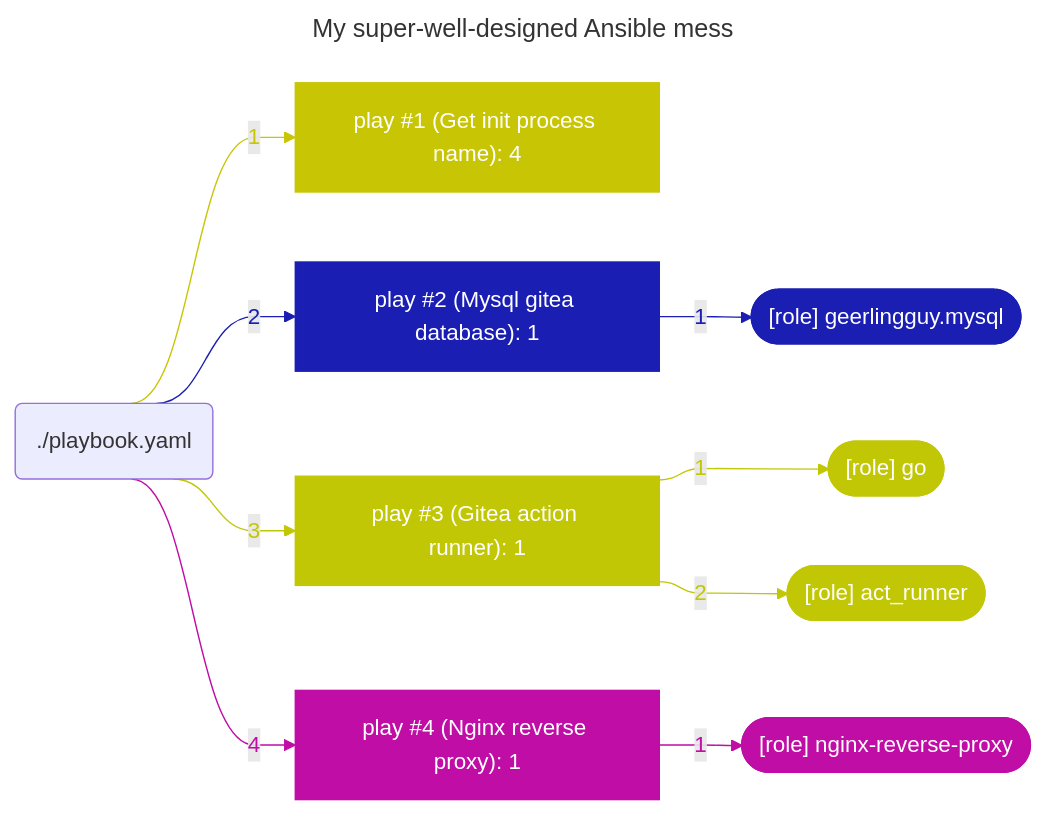
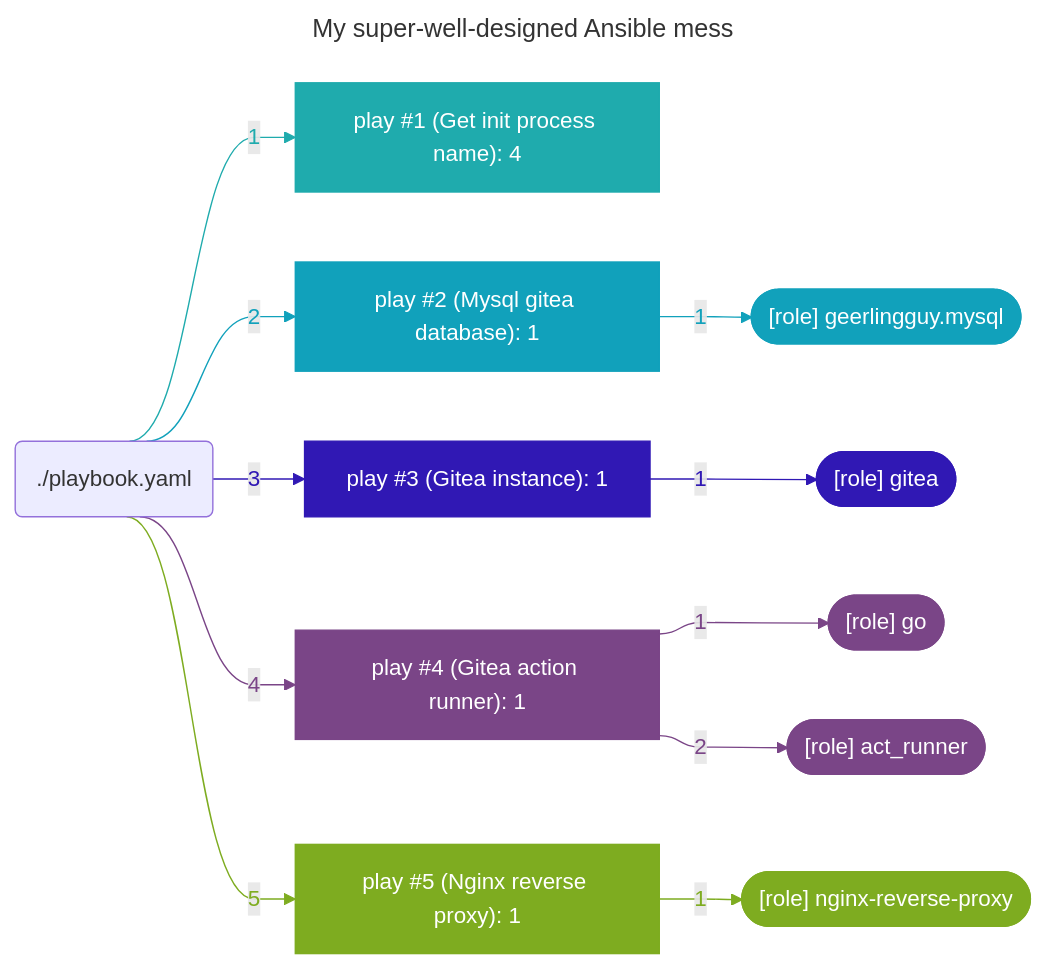
One commit to boyreau/boyreau changed the diagram in README.md. Above: the diagram before and after it, drawn with Mermaid.

Commit message:
profile graph automatic update

````diff
--- a/README.md
+++ b/README.md
@@ -48,59 +48,71 @@
 ```mermaid
 ---
 title: "My super-well-designed Ansible mess"
 ---
 %%{ init: { "flowchart": { "curve": "bumpX" } } }%%
 flowchart LR
 	%% Start of the playbook './playbook.yaml'
-	playbook_1850d60d("./playbook.yaml")
+	playbook_5ab0c368("./playbook.yaml")
 		%% Start of the play 'play #1 (Get init process name): 4'
-		play_564159c9["play #1 (Get init process name): 4"]
-		style play_564159c9 stroke:#c8c604,fill:#c8c604,color:#ffffff
-		playbook_1850d60d --> |"1"| play_564159c9
-		linkStyle 0 stroke:#c8c604,color:#c8c604
+		play_7a2b1a52["play #1 (Get init process name): 4"]
+		style play_7a2b1a52 stroke:#1fabad,fill:#1fabad,color:#ffffff
+		playbook_5ab0c368 --> |"1"| play_7a2b1a52
+		linkStyle 0 stroke:#1fabad,color:#1fabad
 		%% End of the play 'play #1 (Get init process name): 4'
 		%% Start of the play 'play #2 (Mysql gitea database): 1'
-		play_3fe2b7e2["play #2 (Mysql gitea database): 1"]
-		style play_3fe2b7e2 stroke:#1a1eb2,fill:#1a1eb2,color:#ffffff
-		playbook_1850d60d --> |"2"| play_3fe2b7e2
-		linkStyle 1 stroke:#1a1eb2,color:#1a1eb2
+		play_05e8e6df["play #2 (Mysql gitea database): 1"]
+		style play_05e8e6df stroke:#11a1bb,fill:#11a1bb,color:#ffffff
+		playbook_5ab0c368 --> |"2"| play_05e8e6df
+		linkStyle 1 stroke:#11a1bb,color:#11a1bb
 			%% Start of the role '[role] geerlingguy.mysql'
-			play_3fe2b7e2 --> |"1 "| role_79d39041
-			linkStyle 2 stroke:#1a1eb2,color:#1a1eb2
-			role_79d39041(["[role] geerlingguy.mysql"])
-			style role_79d39041 fill:#1a1eb2,color:#ffffff,stroke:#1a1eb2
+			play_05e8e6df --> |"1 "| role_b706d36c
+			linkStyle 2 stroke:#11a1bb,color:#11a1bb
+			role_b706d36c(["[role] geerlingguy.mysql"])
+			style role_b706d36c fill:#11a1bb,color:#ffffff,stroke:#11a1bb
 			%% End of the role '[role] geerlingguy.mysql'
 		%% End of the play 'play #2 (Mysql gitea database): 1'
-		%% Start of the play 'play #3 (Gitea action runner): 1'
-		play_915a83be["play #3 (Gitea action runner): 1"]
-		style play_915a83be stroke:#c2c705,fill:#c2c705,color:#ffffff
-		playbook_1850d60d --> |"3"| play_915a83be
-		linkStyle 3 stroke:#c2c705,color:#c2c705
+		%% Start of the play 'play #3 (Gitea instance): 1'
+		play_9807b153["play #3 (Gitea instance): 1"]
+		style play_9807b153 stroke:#3018b4,fill:#3018b4,color:#ffffff
+		playbook_5ab0c368 --> |"3"| play_9807b153
+		linkStyle 3 stroke:#3018b4,color:#3018b4
+			%% Start of the role '[role] gitea'
+			play_9807b153 --> |"1 "| role_d1c16844
+			linkStyle 4 stroke:#3018b4,color:#3018b4
+			role_d1c16844(["[role] gitea"])
+			style role_d1c16844 fill:#3018b4,color:#ffffff,stroke:#3018b4
+			%% End of the role '[role] gitea'
+		%% End of the play 'play #3 (Gitea instance): 1'
+		%% Start of the play 'play #4 (Gitea action runner): 1'
+		play_3b628fc7["play #4 (Gitea action runner): 1"]
+		style play_3b628fc7 stroke:#7a4587,fill:#7a4587,color:#ffffff
+		playbook_5ab0c368 --> |"4"| play_3b628fc7
+		linkStyle 5 stroke:#7a4587,color:#7a4587
 			%% Start of the role '[role] go'
-			play_915a83be --> |"1 "| role_bc85eb9c
-			linkStyle 4 stroke:#c2c705,color:#c2c705
-			role_bc85eb9c(["[role] go"])
-			style role_bc85eb9c fill:#c2c705,color:#ffffff,stroke:#c2c705
+			play_3b628fc7 --> |"1 "| role_5090f880
+			linkStyle 6 stroke:#7a4587,color:#7a4587
+			role_5090f880(["[role] go"])
+			style role_5090f880 fill:#7a4587,color:#ffffff,stroke:#7a4587
 			%% End of the role '[role] go'
 			%% Start of the role '[role] act_runner'
-			play_915a83be --> |"2 "| role_d35d1a18
-			linkStyle 5 stroke:#c2c705,color:#c2c705
-			role_d35d1a18(["[role] act_runner"])
-			style role_d35d1a18 fill:#c2c705,color:#ffffff,stroke:#c2c705
+			play_3b628fc7 --> |"2 "| role_d278f23b
+			linkStyle 7 stroke:#7a4587,color:#7a4587
+			role_d278f23b(["[role] act_runner"])
+			style role_d278f23b fill:#7a4587,color:#ffffff,stroke:#7a4587
 			%% End of the role '[role] act_runner'
-		%% End of the play 'play #3 (Gitea action runner): 1'
-		%% Start of the play 'play #4 (Nginx reverse proxy): 1'
-		play_6bf47ea1["play #4 (Nginx reverse proxy): 1"]
-		style play_6bf47ea1 stroke:#bf0da6,fill:#bf0da6,color:#ffffff
-		playbook_1850d60d --> |"4"| play_6bf47ea1
-		linkStyle 6 stroke:#bf0da6,color:#bf0da6
+		%% End of the play 'play #4 (Gitea action runner): 1'
+		%% Start of the play 'play #5 (Nginx reverse proxy): 1'
+		play_9ea87add["play #5 (Nginx reverse proxy): 1"]
+		style play_9ea87add stroke:#7eac20,fill:#7eac20,color:#ffffff
+		playbook_5ab0c368 --> |"5"| play_9ea87add
+		linkStyle 8 stroke:#7eac20,color:#7eac20
 			%% Start of the role '[role] nginx-reverse-proxy'
-			play_6bf47ea1 --> |"1 "| role_cc9dbc68
-			linkStyle 7 stroke:#bf0da6,color:#bf0da6
-			role_cc9dbc68(["[role] nginx-reverse-proxy"])
-			style role_cc9dbc68 fill:#bf0da6,color:#ffffff,stroke:#bf0da6
+			play_9ea87add --> |"1 "| role_627a7854
+			linkStyle 9 stroke:#7eac20,color:#7eac20
+			role_627a7854(["[role] nginx-reverse-proxy"])
+			style role_627a7854 fill:#7eac20,color:#ffffff,stroke:#7eac20
 			%% End of the role '[role] nginx-reverse-proxy'
-		%% End of the play 'play #4 (Nginx reverse proxy): 1'
+		%% End of the play 'play #5 (Nginx reverse proxy): 1'
 	%% End of the playbook './playbook.yaml'
 
 ```
````
